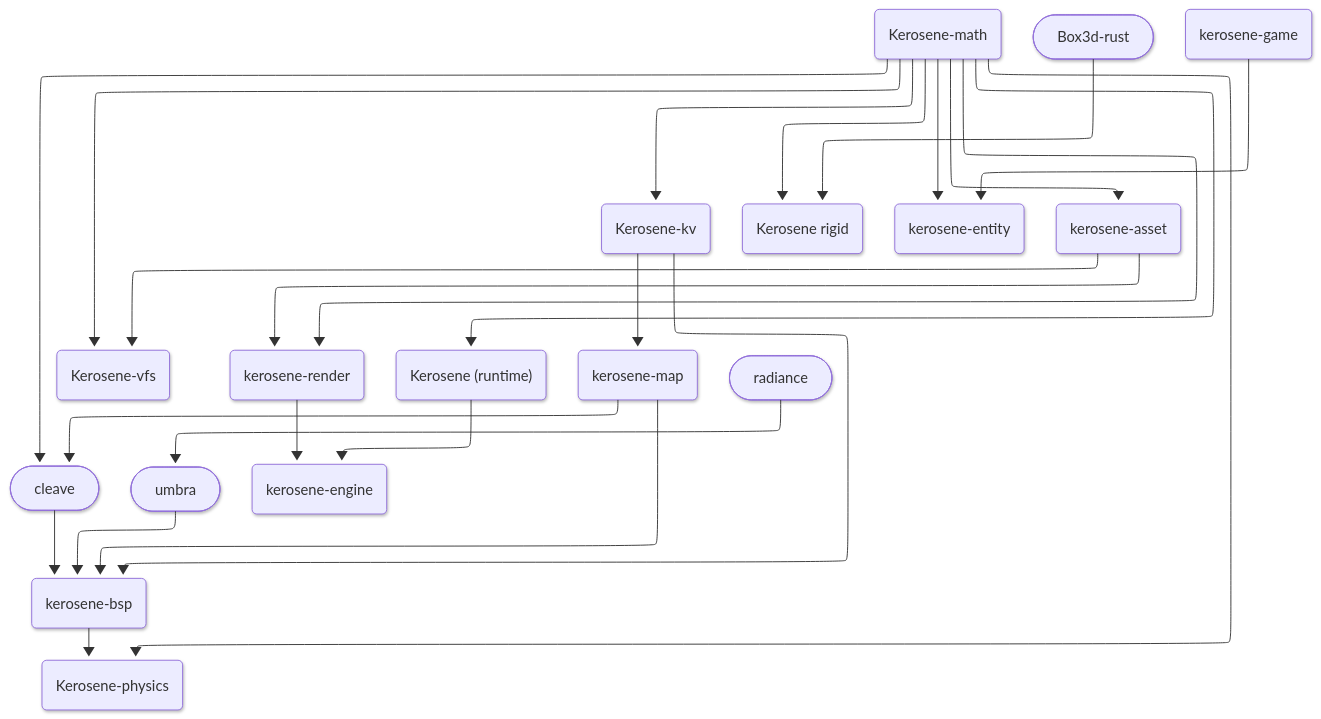
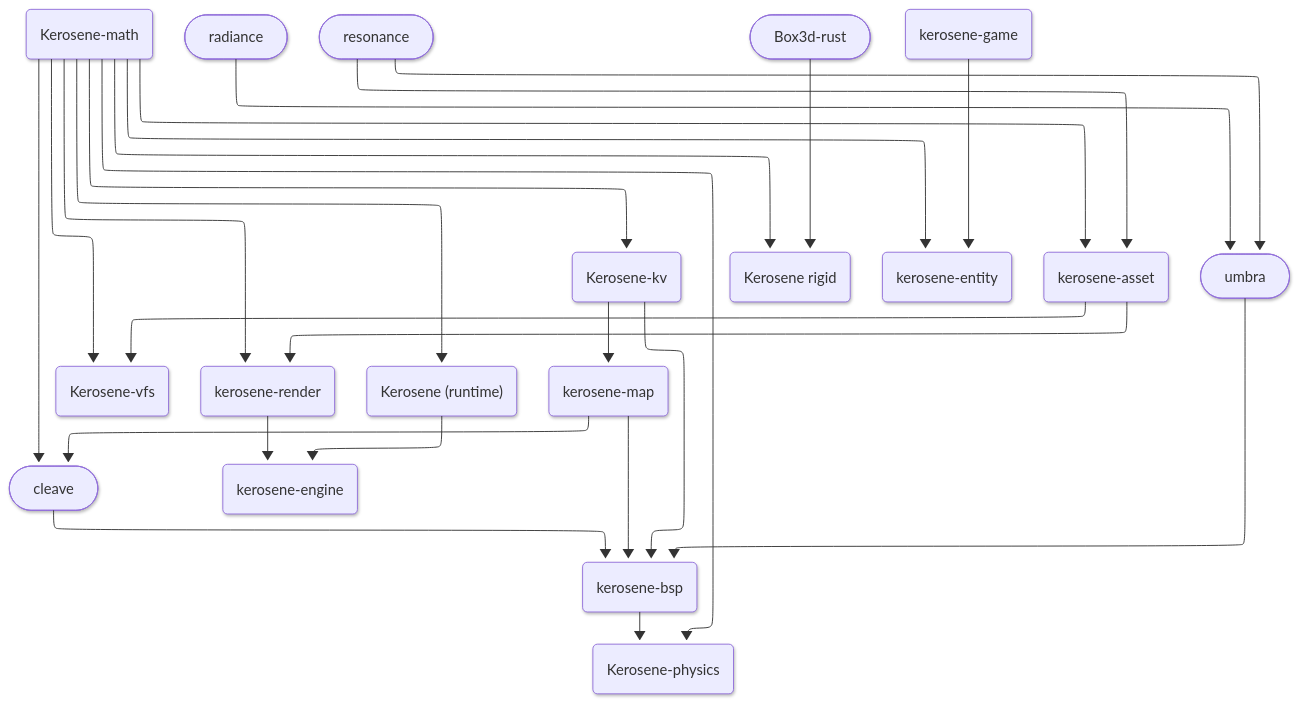
The second of 2 diagrams in src/docs/architecture.md (T342guy/Kerosene), drawn with Mermaid before and after one commit. The commit also changed other lines of this file and 53 other files, not shown here.

````diff
--- a/src/docs/architecture.md
+++ b/src/docs/architecture.md
@@ -71,36 +73,37 @@
 ```mermaid
 ---
 config:
   layout: elk
   theme: default
   look: neo
   fontFamily: '''Source Code Pro Variable'', monospace'
 ---
 flowchart TB
     n1["Kerosene-math"] --> n2["Kerosene-kv"] & n4(["cleave"]) & n8["Kerosene-physics"] & n9["Kerosene rigid"] & n11["kerosene-entity"] & n13["Kerosene-vfs"] & n14["kerosene-asset"] & n15["kerosene-render"] & n17["Kerosene (runtime)"]
     n2 --> n3["kerosene-map"] & n5["kerosene-bsp"]
     n3 --> n5 & n4
     n4 --> n5
     n6(["umbra"]) --> n5
     n7(["radiance"]) --> n6
+    n20(["resonance"]) --> n6 & n14
     n5 --> n8
     n10(["Box3d-rust"]) --> n9
     n12["kerosene-game"] --> n11
     n14 --> n13 & n15
     n15 --> n16["kerosene-engine"]
     n17 --> n16
 
     n1@{ shape: rounded}
     n2@{ shape: rounded}
     n8@{ shape: rounded}
     n9@{ shape: rounded}
     n11@{ shape: rounded}
     n13@{ shape: rounded}
     n14@{ shape: rounded}
     n15@{ shape: rounded}
     n17@{ shape: rounded}
     n3@{ shape: rounded}
     n5@{ shape: rounded}
     n12@{ shape: rounded}
     n16@{ shape: rounded}
 ```
````
